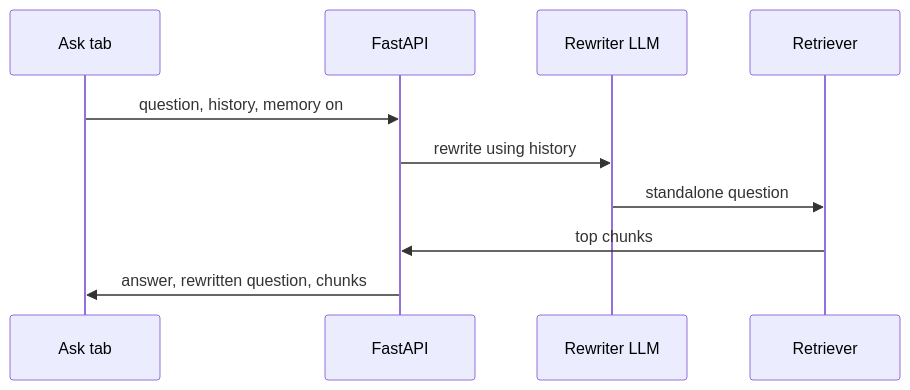
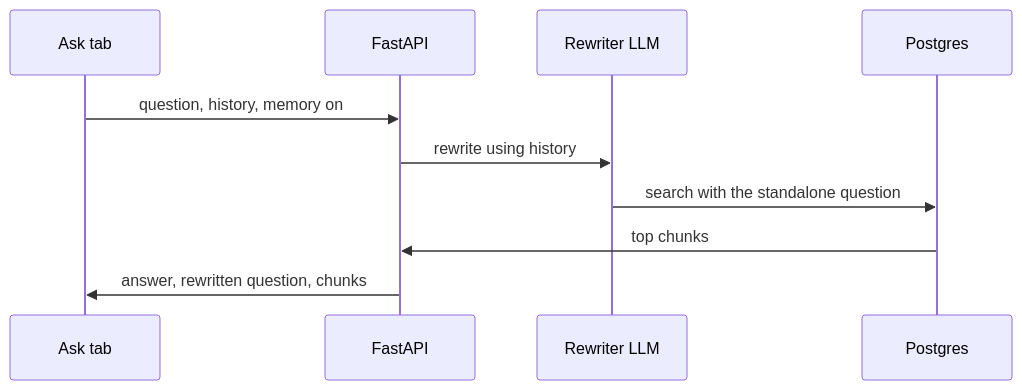
The seventh of 8 diagrams in course2/module1/tutorials/03-build-the-rag-lab-web-app.md (Thommans-Playground/coursera-IBM-RAG-Agentic-AI-Professional-Certificate), drawn with Mermaid before and after one commit. The commit also changed other lines of this file and 18 other files, not shown here.

````diff
--- a/course2/module1/tutorials/03-build-the-rag-lab-web-app.md
+++ b/course2/module1/tutorials/03-build-the-rag-lab-web-app.md
@@ -624,12 +808,12 @@
 ```mermaid
 sequenceDiagram
     participant P as Ask tab
     participant A as FastAPI
     participant R as Rewriter LLM
-    participant S as Retriever
+    participant D as Postgres
     P->>A: question, history, memory on
     A->>R: rewrite using history
-    R->>S: standalone question
-    S->>A: top chunks
+    R->>D: search with the standalone question
+    D->>A: top chunks
     A->>P: answer, rewritten question, chunks
 ```
````
